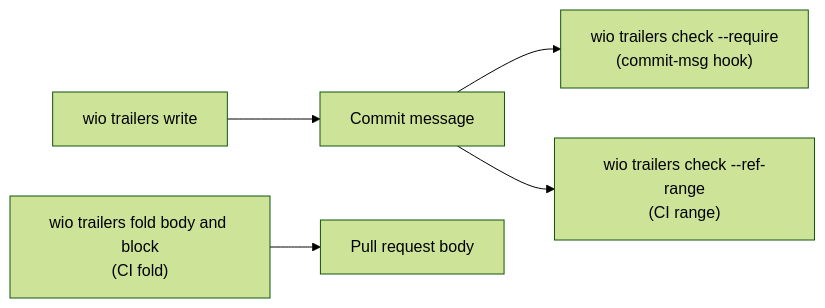
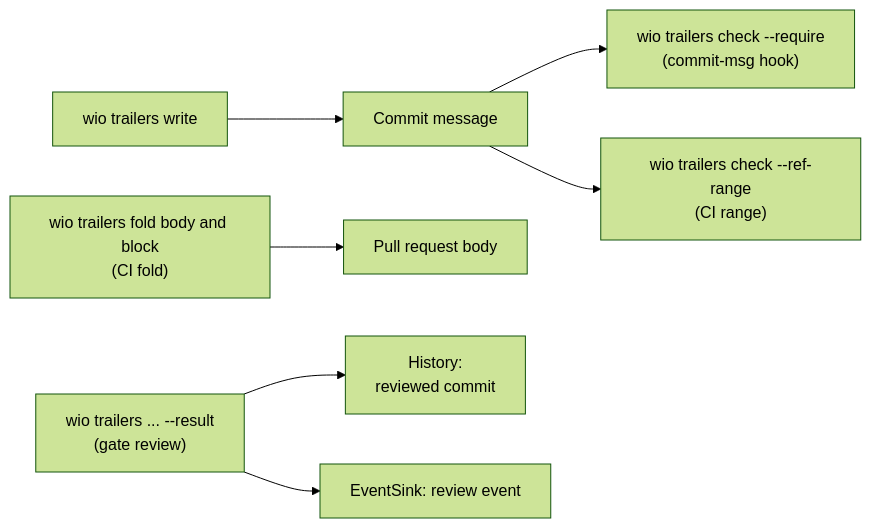
The second of 2 diagrams in .agents/wio/works/wio-trailers/README.md (msitarz/wio), drawn with Mermaid (forest theme) before and after one commit. The commit also changed other lines of this file, not shown here.

First line of the commit message:
docs(trailers): address the review of the wio trailers parent contract

````diff
--- a/.agents/wio/works/wio-trailers/README.md
+++ b/.agents/wio/works/wio-trailers/README.md
@@ -110,7 +111,9 @@
 ```mermaid
 flowchart LR
   A["wio trailers write"] --> B[Commit message]
   B --> C["wio trailers check --require\n(commit-msg hook)"]
   B --> D["wio trailers check --ref-range\n(CI range)"]
   E["wio trailers fold body and block\n(CI fold)"] --> F[Pull request body]
+  G["wio trailers ... --result\n(gate review)"] --> H["History:\nreviewed commit"]
+  G --> I["EventSink: review event"]
 ```
````
